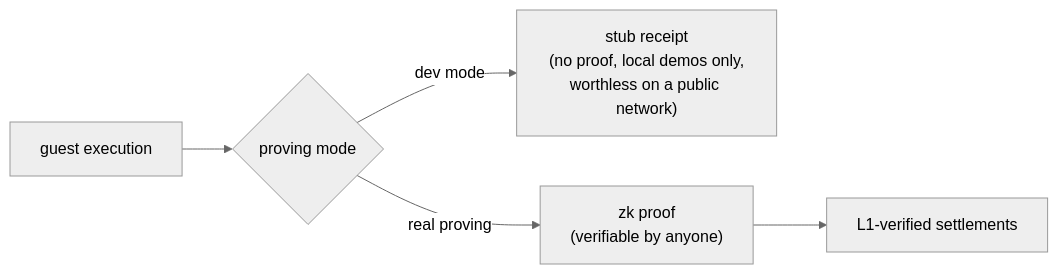
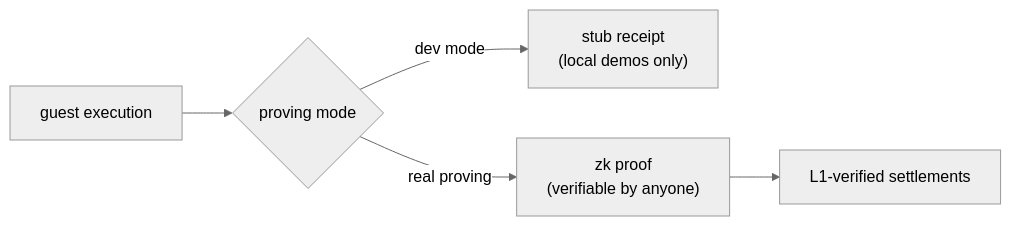
The diagram in src/zkvm.md (biryukovmaxim/vprogs-workshop), drawn with Mermaid (neutral theme) before and after one commit. The commit also changed other lines of this file and 12 other files, not shown here.

````diff
--- a/src/zkvm.md
+++ b/src/zkvm.md
@@ -17,7 +16,7 @@
 ```mermaid
 flowchart LR
     E["guest execution"] --> Q{"proving mode"}
-    Q -- "dev mode" --> S["stub receipt<br/>(no proof, local demos only,<br/>worthless on a public network)"]
+    Q -- "dev mode" --> S["stub receipt<br/>(local demos only)"]
     Q -- "real proving" --> R["zk proof<br/>(verifiable by anyone)"]
     R --> V["L1-verified settlements"]
 ```
````
